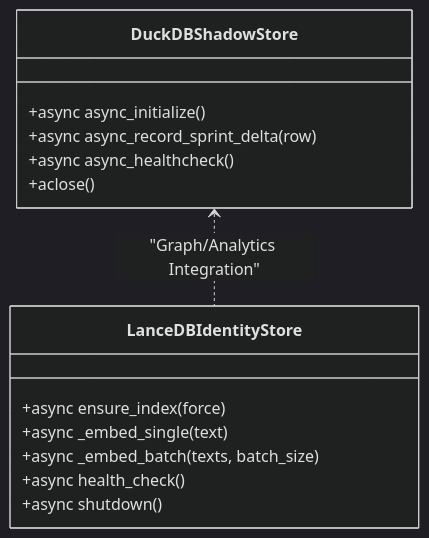
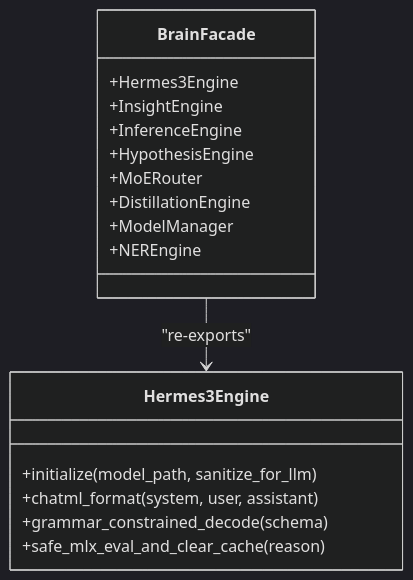
One commit to Hamulda/hledac-universal changed the eighth of 10 diagrams in .qoder/repowiki/en/content/Project Overview/Architecture Overview.md. Above: the diagram before and after it, drawn with Mermaid (dark theme). The commit also changed other lines of this file and 236 other files, not shown here.

````diff
--- a/.qoder/repowiki/en/content/Project Overview/Architecture Overview.md
+++ b/.qoder/repowiki/en/content/Project Overview/Architecture Overview.md
@@ -257,17 +316,20 @@
 ```mermaid
 classDiagram
-class DuckDBShadowStore {
-+async async_initialize()
-+async async_record_sprint_delta(row)
-+async async_healthcheck()
-+aclose()
+class Hermes3Engine {
++initialize(model_path, sanitize_for_llm)
++chatml_format(system, user, assistant)
++grammar_constrained_decode(schema)
++safe_mlx_eval_and_clear_cache(reason)
 }
-class LanceDBIdentityStore {
-+async ensure_index(force)
-+async _embed_single(text)
-+async _embed_batch(texts, batch_size)
-+async health_check()
-+async shutdown()
+class BrainFacade {
++Hermes3Engine
++InsightEngine
++InferenceEngine
++HypothesisEngine
++MoERouter
++DistillationEngine
++ModelManager
++NEREngine
 }
-DuckDBShadowStore <.. LanceDBIdentityStore : "Graph/Analytics Integration"
+BrainFacade --> Hermes3Engine : "re-exports"
 ```
````
